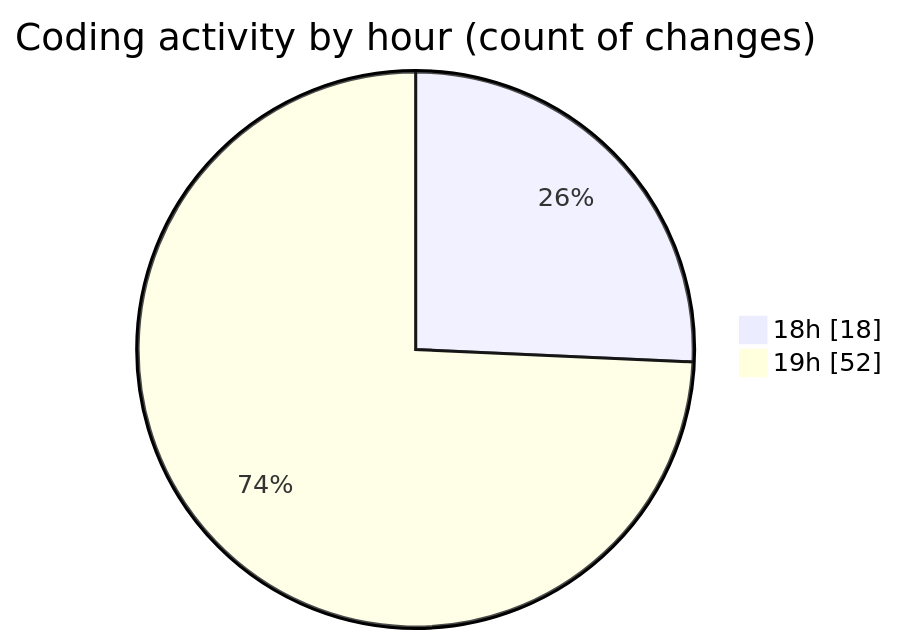
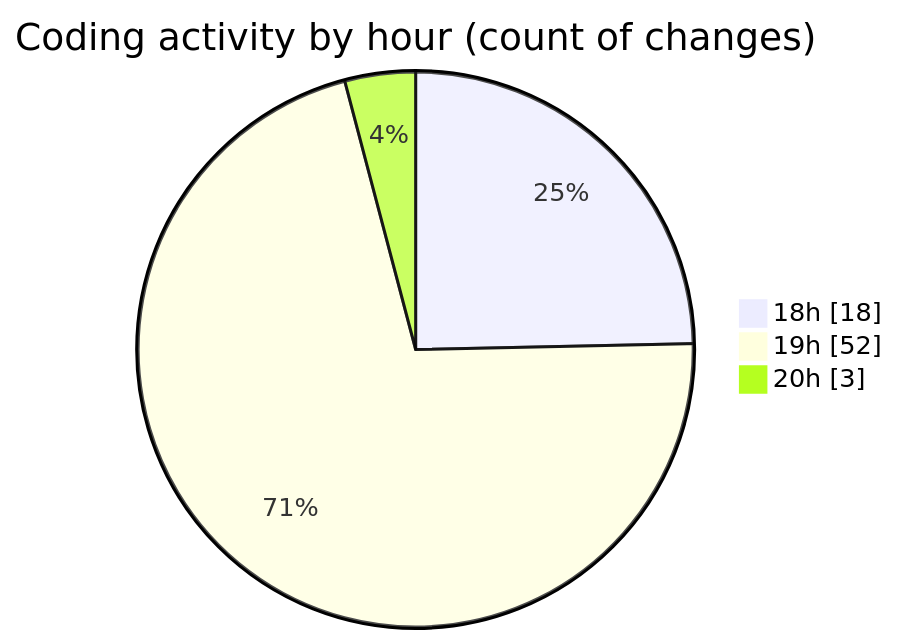
Before and after one commit to ernivani/code-tracking: the second of 2 diagrams in 2025-01-03/my-code-activity-ext/README.md, drawn with Mermaid. The commit also changed other lines of this file and 6 other files, not shown here.

````diff
--- a/2025-01-03/my-code-activity-ext/README.md
+++ b/2025-01-03/my-code-activity-ext/README.md
@@ -45,6 +45,7 @@
 ```mermaid
 pie showData
 title Coding activity by hour (count of changes)
 "18h" : 18
 "19h" : 52
+"20h" : 3
 ```
````
